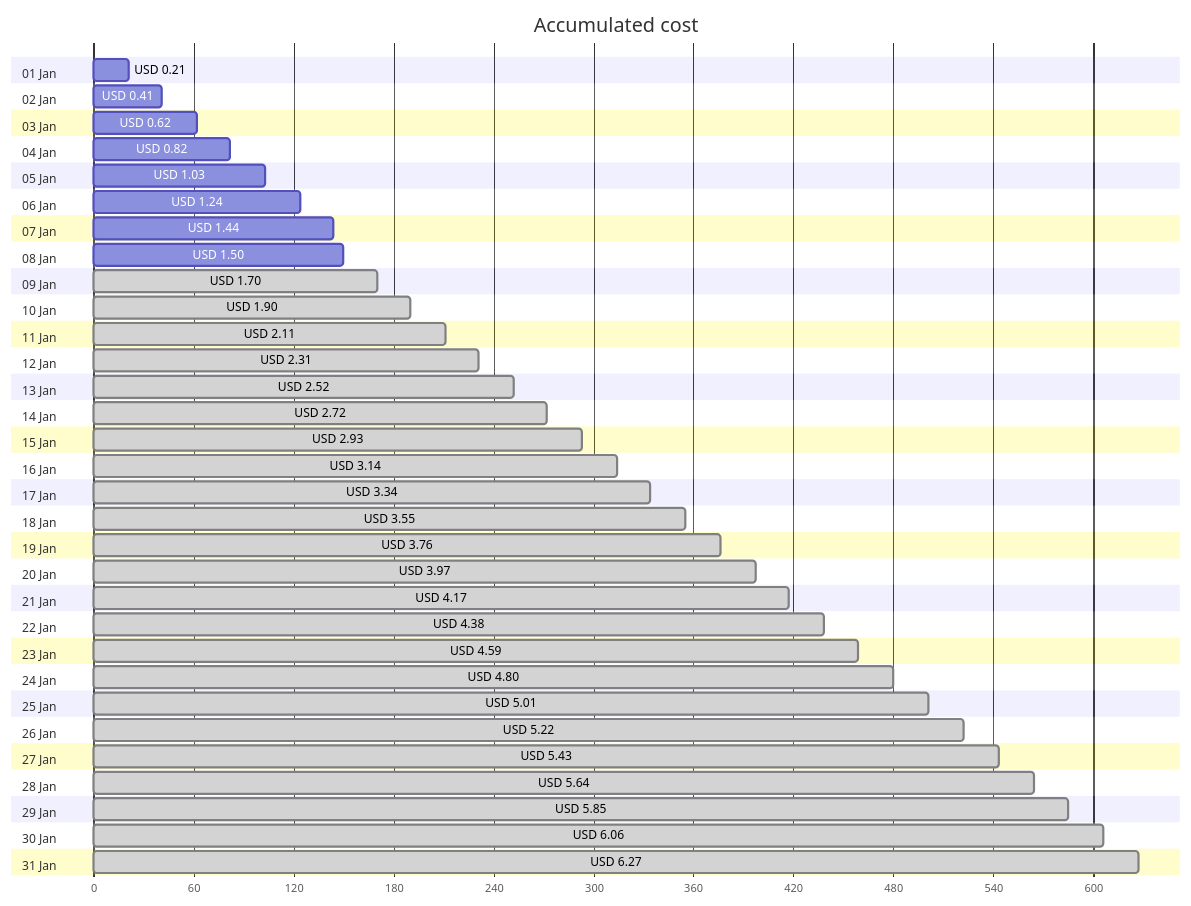
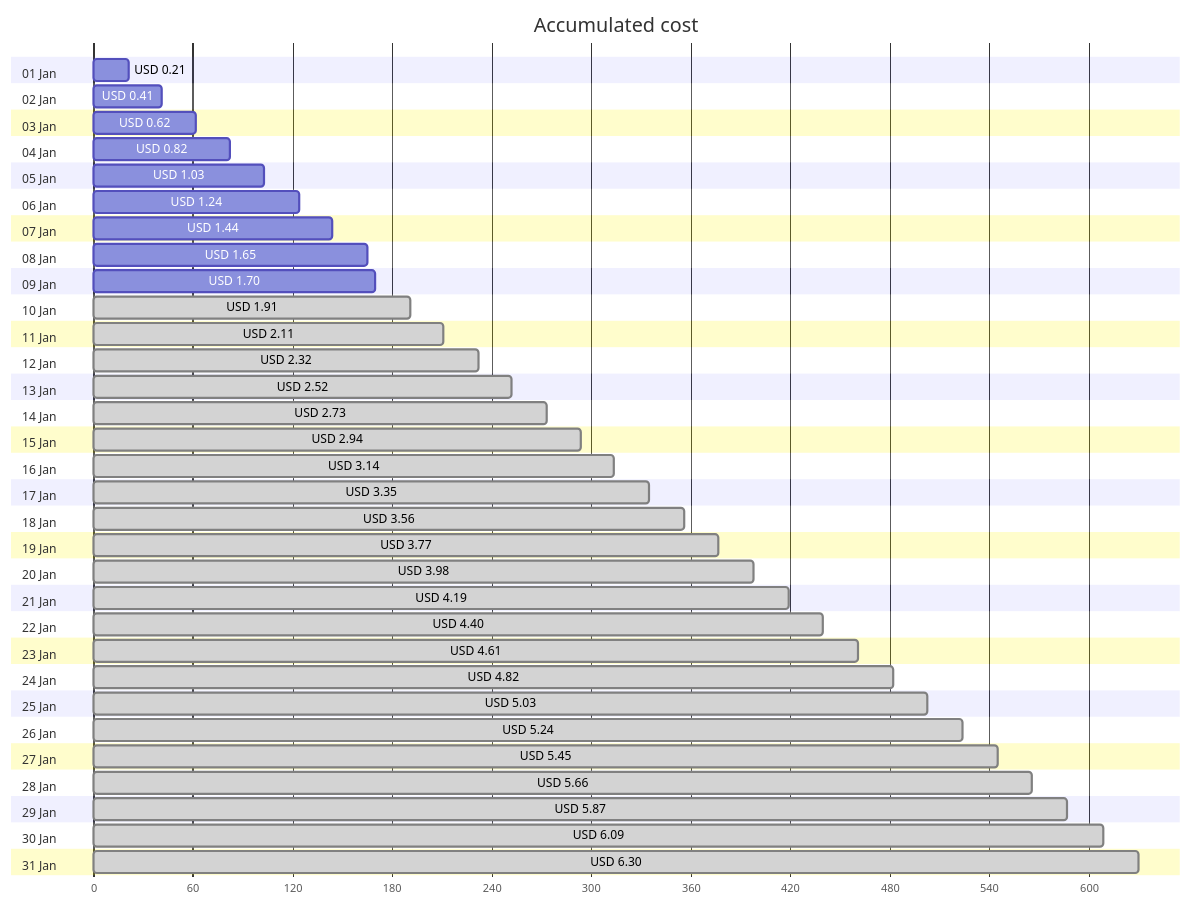
The first of 4 diagrams in cost-reports/personal-network/backup-server.md (jpfulton/azure-personal-reports), drawn with Mermaid before and after one commit. The commit also changed other lines of this file and 8 other files, not shown here.

````diff
--- a/cost-reports/personal-network/backup-server.md
+++ b/cost-reports/personal-network/backup-server.md
@@ -20,68 +20,68 @@
 ```mermaid
 gantt
    title Accumulated cost
    dateFormat  X
    axisFormat %s
    section 01 Jan
    USD 0.21 :0, 21
    section 02 Jan
    USD 0.41 :0, 41
    section 03 Jan
    USD 0.62 :0, 62
    section 04 Jan
    USD 0.82 :0, 82
    section 05 Jan
    USD 1.03 :0, 103
    section 06 Jan
    USD 1.24 :0, 124
    section 07 Jan
    USD 1.44 :0, 144
    section 08 Jan
-   USD 1.50 :0, 150
+   USD 1.65 :0, 165
    section 09 Jan
-   USD 1.70 : done, 0, 170
+   USD 1.70 :0, 170
    section 10 Jan
-   USD 1.90 : done, 0, 190
+   USD 1.91 : done, 0, 191
    section 11 Jan
    USD 2.11 : done, 0, 211
    section 12 Jan
-   USD 2.31 : done, 0, 231
+   USD 2.32 : done, 0, 232
    section 13 Jan
    USD 2.52 : done, 0, 252
    section 14 Jan
-   USD 2.72 : done, 0, 272
+   USD 2.73 : done, 0, 273
    section 15 Jan
-   USD 2.93 : done, 0, 293
+   USD 2.94 : done, 0, 294
    section 16 Jan
    USD 3.14 : done, 0, 314
    section 17 Jan
-   USD 3.34 : done, 0, 334
+   USD 3.35 : done, 0, 335
    section 18 Jan
-   USD 3.55 : done, 0, 355
+   USD 3.56 : done, 0, 356
    section 19 Jan
-   USD 3.76 : done, 0, 376
+   USD 3.77 : done, 0, 377
    section 20 Jan
-   USD 3.97 : done, 0, 397
+   USD 3.98 : done, 0, 398
    section 21 Jan
-   USD 4.17 : done, 0, 417
+   USD 4.19 : done, 0, 419
    section 22 Jan
-   USD 4.38 : done, 0, 438
+   USD 4.40 : done, 0, 440
    section 23 Jan
-   USD 4.59 : done, 0, 459
+   USD 4.61 : done, 0, 461
    section 24 Jan
-   USD 4.80 : done, 0, 480
+   USD 4.82 : done, 0, 482
    section 25 Jan
-   USD 5.01 : done, 0, 501
+   USD 5.03 : done, 0, 503
    section 26 Jan
-   USD 5.22 : done, 0, 522
+   USD 5.24 : done, 0, 524
    section 27 Jan
-   USD 5.43 : done, 0, 543
+   USD 5.45 : done, 0, 545
    section 28 Jan
-   USD 5.64 : done, 0, 564
+   USD 5.66 : done, 0, 566
    section 29 Jan
-   USD 5.85 : done, 0, 585
+   USD 5.87 : done, 0, 587
    section 30 Jan
-   USD 6.06 : done, 0, 606
+   USD 6.09 : done, 0, 609
    section 31 Jan
-   USD 6.27 : done, 0, 627
+   USD 6.30 : done, 0, 630
 ```
````
